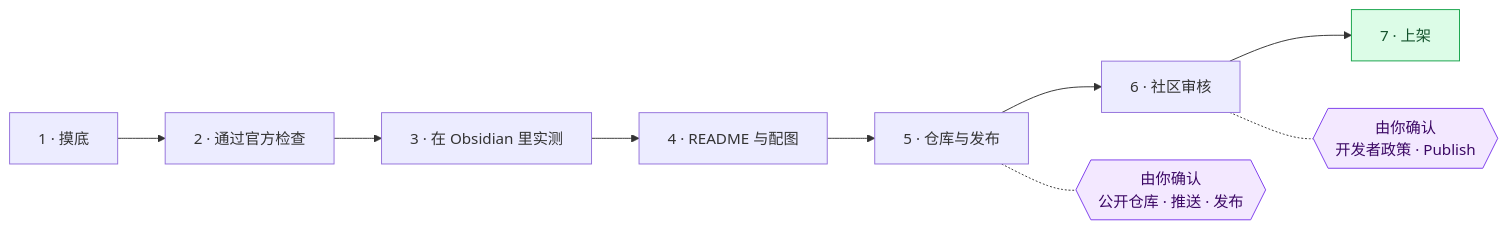
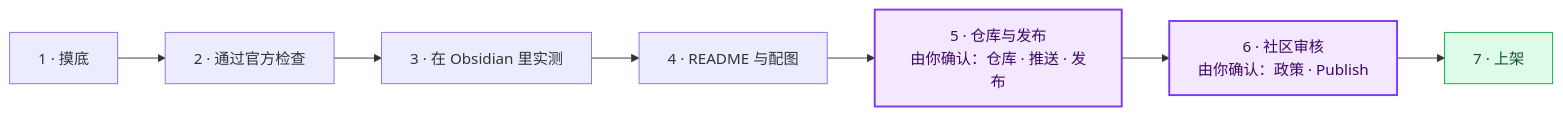
The diagram in README.zh-CN.md (Tuosang/obsidian-plugin-publish-skill), drawn with Mermaid before and after one commit. The commit also changed other lines of this file and 1 other file, not shown here.

Commit message:
README: cleaner pipeline chart, listing first in the case study

````diff
--- a/README.zh-CN.md
+++ b/README.zh-CN.md
@@ -30,11 +30,9 @@
 ```mermaid
 flowchart LR
     A["1 · 摸底"] --> B["2 · 通过官方检查"] --> C["3 · 在 Obsidian 里实测"] --> D["4 · README 与配图"]
-    D --> E["5 · 仓库与发布"] --> F["6 · 社区审核"] --> G["7 · 上架"]
-    E -.- GE{{"由你确认<br/>公开仓库 · 推送 · 发布"}}
-    F -.- GF{{"由你确认<br/>开发者政策 · Publish"}}
-    classDef gate fill:#f3e8ff,stroke:#7c3aed,color:#3b0764
+    D --> E["5 · 仓库与发布<br/>由你确认：仓库 · 推送 · 发布"] --> F["6 · 社区审核<br/>由你确认：政策 · Publish"] --> G["7 · 上架"]
+    classDef gate fill:#f3e8ff,stroke:#7c3aed,stroke-width:2px,color:#3b0764
     classDef done fill:#dcfce7,stroke:#16a34a,color:#14532d
-    class GE,GF gate
+    class E,F gate
     class G done
 ```
````
